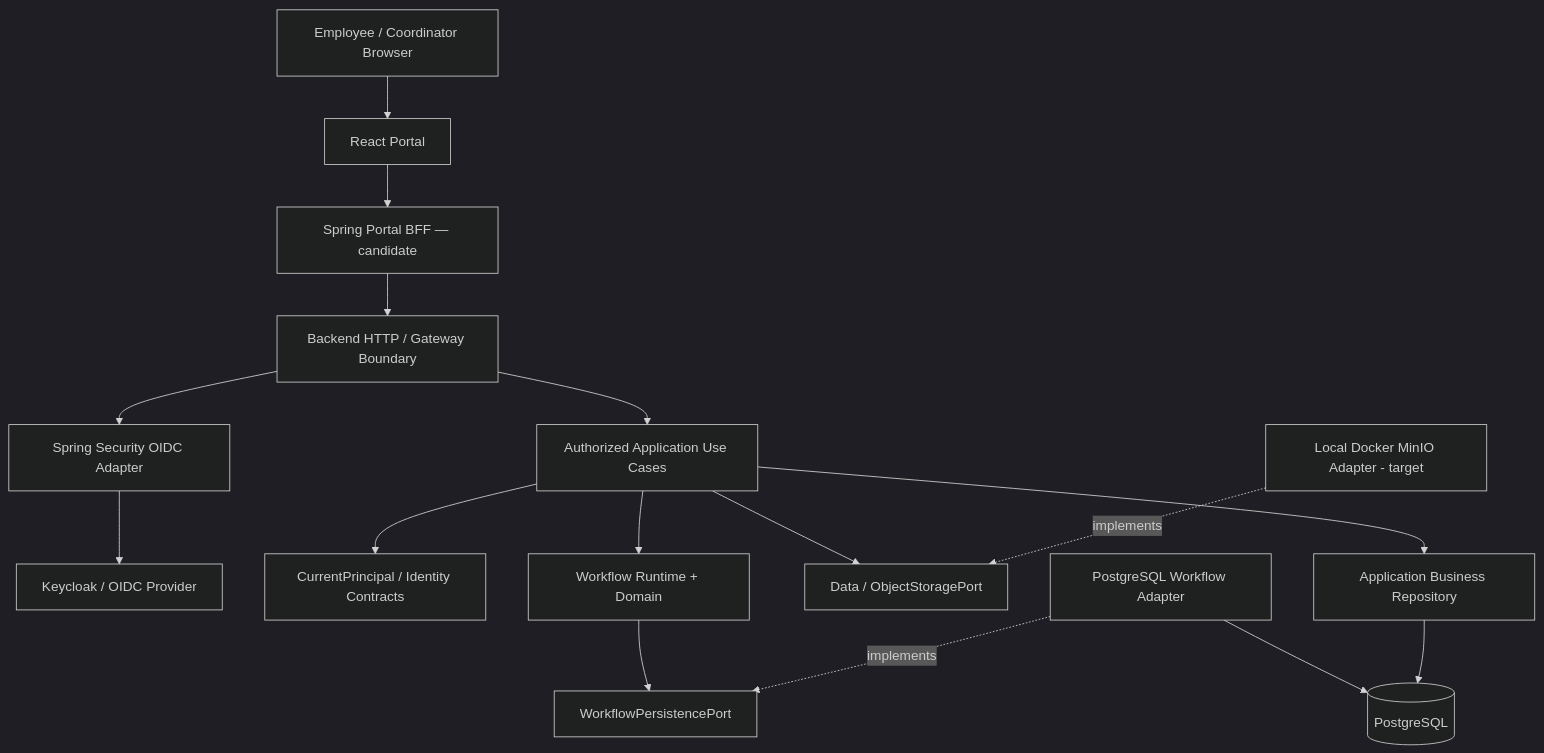
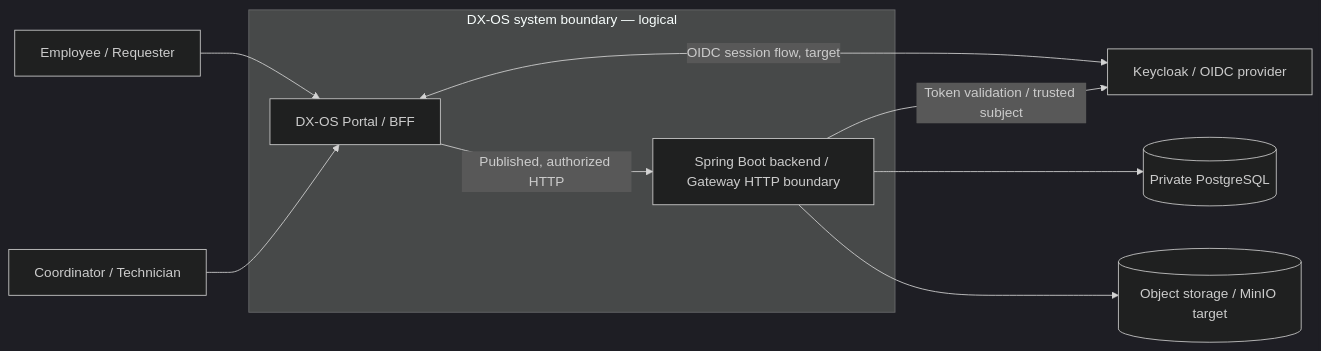
The first of 2 diagrams in docs/01-architecture/system-architecture.md (lexuanbao258-collab/dxos-open-core), drawn with Mermaid (dark theme) before and after one commit. The commit also changed other lines of this file and 11 other files, not shown here.

````diff
--- a/docs/01-architecture/system-architecture.md
+++ b/docs/01-architecture/system-architecture.md
@@ -173,18 +31,14 @@
 ```mermaid
-flowchart TD
-  Browser[Employee / Coordinator Browser] --> Portal[React Portal]
-  Portal --> BFF[Spring Portal BFF — candidate]
-  BFF --> Entry[Backend HTTP / Gateway Boundary]
-  Entry --> AuthN[Spring Security OIDC Adapter]
-  AuthN --> IdP[Keycloak / OIDC Provider]
-  Entry --> UC[Authorized Application Use Cases]
-  UC --> IdPort[CurrentPrincipal / Identity Contracts]
-  UC --> WF[Workflow Runtime + Domain]
-  UC --> Storage[Data / ObjectStoragePort]
-  UC --> BizRepo[Application Business Repository]
-  WF --> WPort[WorkflowPersistencePort]
-  PgWF[PostgreSQL Workflow Adapter] -. implements .-> WPort
-  PgWF --> Postgres[(PostgreSQL)]
-  BizRepo --> Postgres
-  MinIO[Local Docker MinIO Adapter - target] -. implements .-> Storage
+flowchart LR
+    Employee[Employee / Requester] --> Portal[DX-OS Portal / BFF]
+    Staff[Coordinator / Technician] --> Portal
+    Portal -->|Published, authorized HTTP| API[Spring Boot backend / Gateway HTTP boundary]
+    Portal <-->|OIDC session flow, target| IdP[Keycloak / OIDC provider]
+    API -->|Token validation / trusted subject| IdP
+    API --> PG[(Private PostgreSQL)]
+    API --> ObjectStore[(Object storage / MinIO target)]
+    subgraph DXOS[DX-OS system boundary — logical]
+      Portal
+      API
+    end
 ```
````
